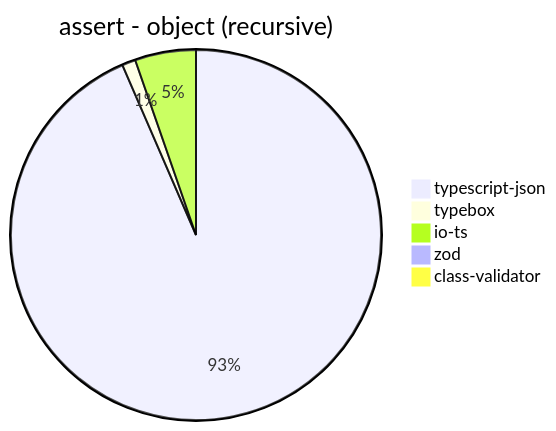
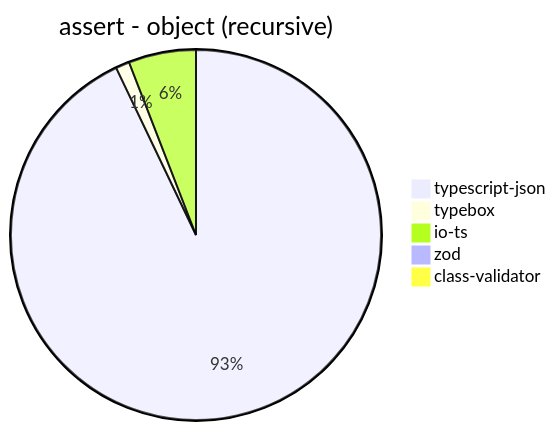
Before and after one commit to samchon/typia: the tenth of 39 diagrams in benchmark/results/11th Gen Intel(R) Core(TM) i5-1135G7 @ 2.40GHz.md, drawn with Mermaid. The commit also changed other lines of this file and 6 other files, not shown here.

````diff
--- a/benchmark/results/11th Gen Intel(R) Core(TM) i5-1135G7 @ 2.40GHz.md
+++ b/benchmark/results/11th Gen Intel(R) Core(TM) i5-1135G7 @ 2.40GHz.md
@@ -136,8 +136,8 @@
 ```mermaid
 pie title assert - object (recursive)
-  "typescript-json": 26125.910140294796
-  "typebox": 330.093592512599
-  "io-ts": 1487.0828848223898
-  "zod": 71.29420617005268
-  "class-validator": 39.17564054957297
+  "typescript-json": 25638.297872340423
+  "typebox": 332.7868852459016
+  "io-ts": 1624.0117668689097
+  "zod": 70.26233718583747
+  "class-validator": 38.97303287772442
 ```
````
